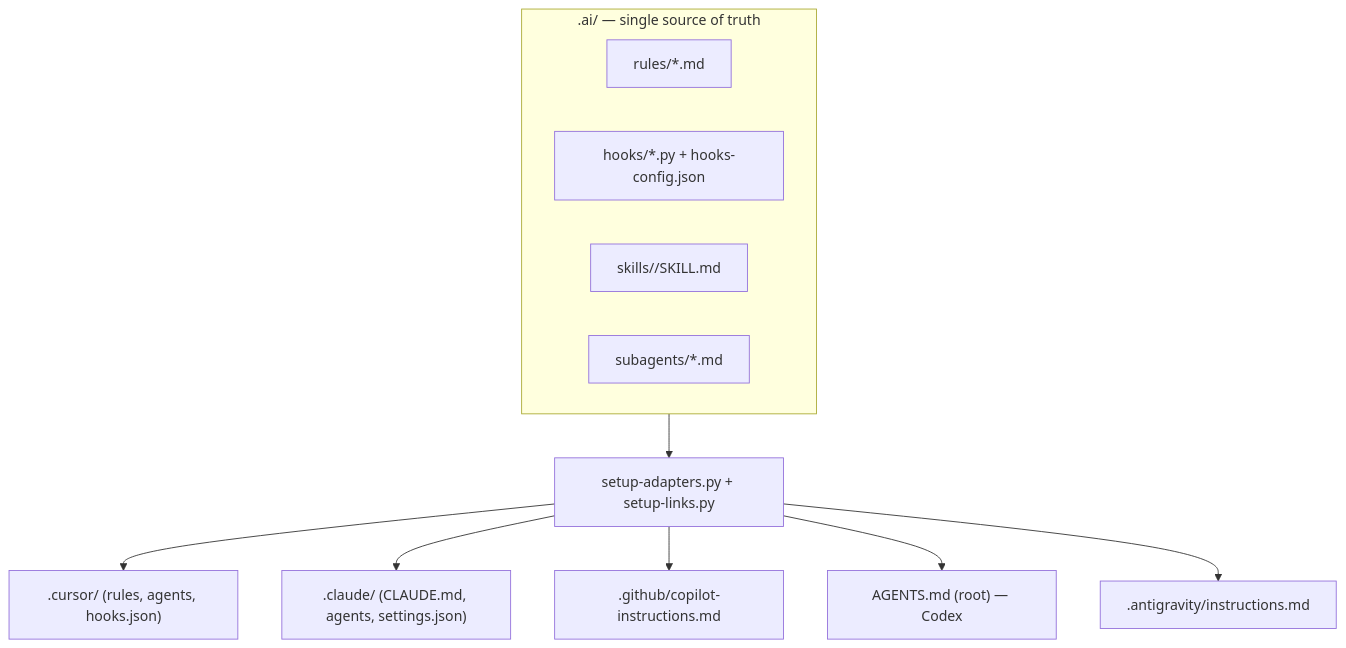
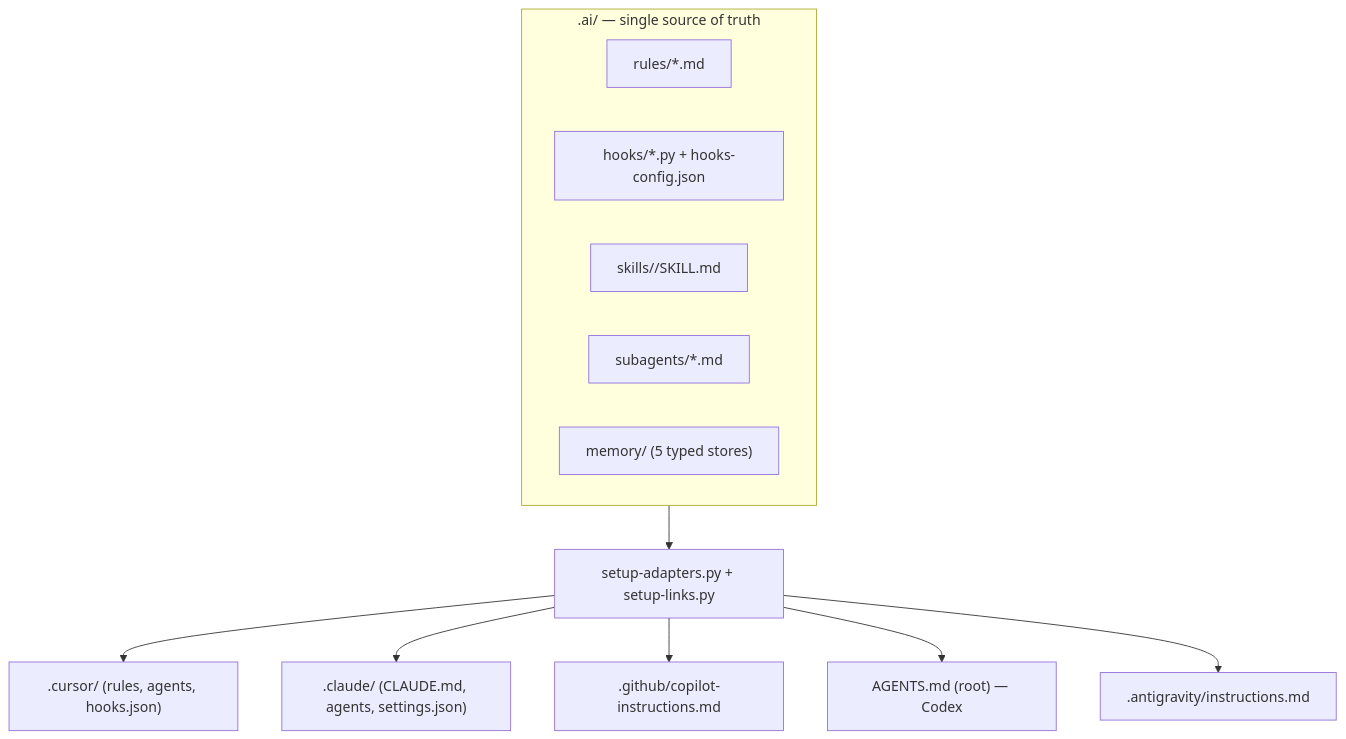
The diagram in README.md (gahan9/project_template), drawn with Mermaid before and after one commit. The commit also changed other lines of this file and 40 other files, not shown here.

````diff
--- a/README.md
+++ b/README.md
@@ -25,16 +28,17 @@
 ```mermaid
 flowchart TD
   subgraph canonical [".ai/ — single source of truth"]
     RULES["rules/*.md"]
     HOOKS["hooks/*.py + hooks-config.json"]
     SKILLS["skills/<name>/SKILL.md"]
     SUBS["subagents/*.md"]
+    MEM["memory/ (5 typed stores)"]
   end
   GEN["setup-adapters.py + setup-links.py"]
   canonical --> GEN
   GEN --> CUR[".cursor/ (rules, agents, hooks.json)"]
   GEN --> CLA[".claude/ (CLAUDE.md, agents, settings.json)"]
   GEN --> COP[".github/copilot-instructions.md"]
   GEN --> COD["AGENTS.md (root) — Codex"]
   GEN --> ANT[".antigravity/instructions.md"]
 ```
````
